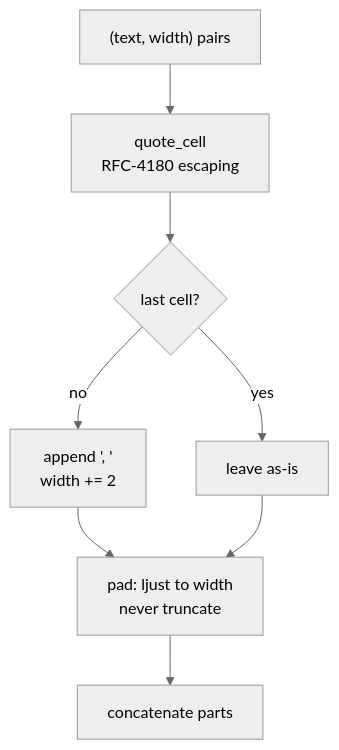
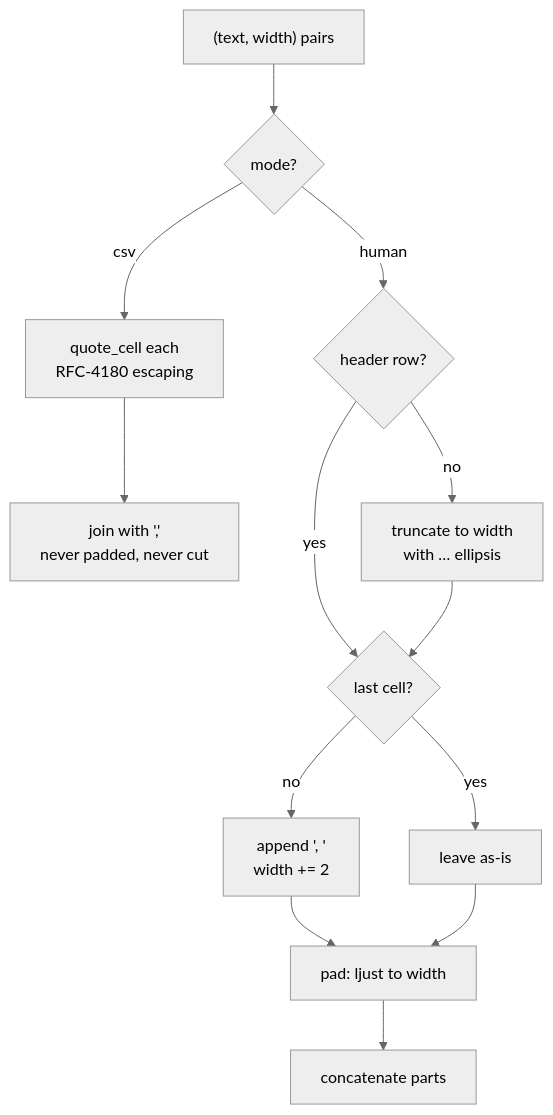
One commit to Boston-Robot-Hackers/metawtf changed the second of 2 diagrams in 01-literate/18-sampler.md. Above: the diagram before and after it, drawn with Mermaid (neutral theme). The commit also changed other lines of this file and 21 other files, not shown here.

First line of the commit message:
F07: human/csv output formats with pinned terminal header

````diff
--- a/01-literate/18-sampler.md
+++ b/01-literate/18-sampler.md
@@ -239,10 +370,14 @@
 ```mermaid
 flowchart TD
-    A["(text, width) pairs"] --> B[quote_cell<br/>RFC-4180 escaping]
-    B --> C{last cell?}
-    C -->|no| D["append ', '<br/>width += 2"]
-    C -->|yes| E[leave as-is]
-    D --> F[pad: ljust to width<br/>never truncate]
+    A["(text, width) pairs"] --> M{mode?}
+    M -->|csv| Q[quote_cell each<br/>RFC-4180 escaping] --> J["join with ','<br/>never padded, never cut"]
+    M -->|human| H{header row?}
+    H -->|no| TR[truncate to width<br/>with … ellipsis]
+    H -->|yes| S
+    TR --> S{last cell?}
+    S -->|no| D["append ', '<br/>width += 2"]
+    S -->|yes| E[leave as-is]
+    D --> F[pad: ljust to width]
     E --> F
     F --> G[concatenate parts]
 ```
````
